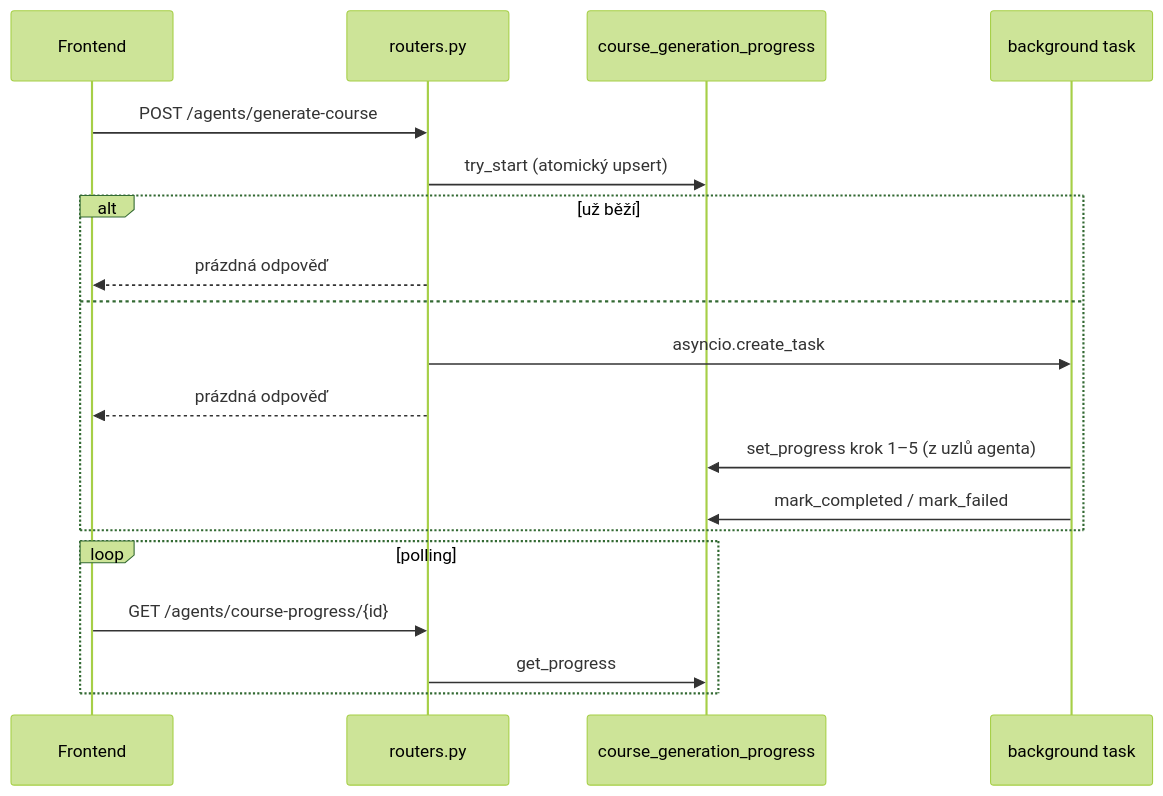
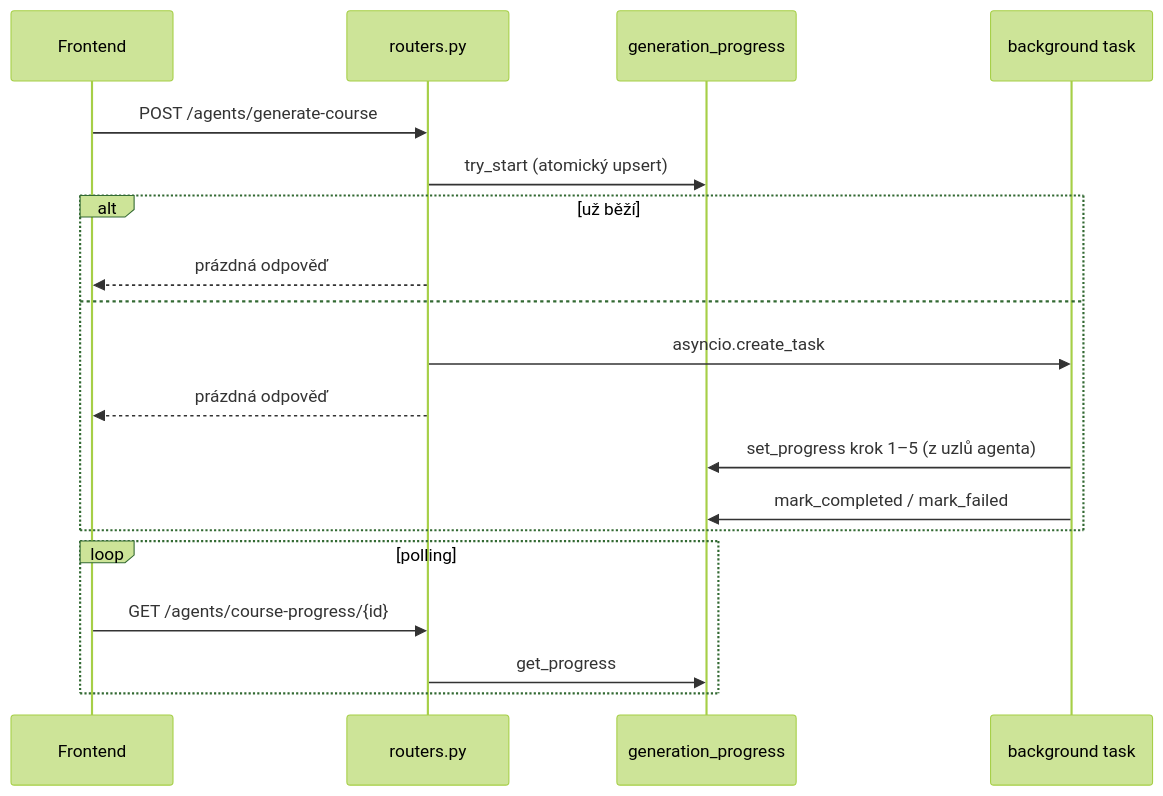
Before and after one commit to markuss23/praktik-ai: the diagram in backend/api/src/agents/README.md, drawn with Mermaid (forest theme). The commit also changed other lines of this file and 17 other files, not shown here.

First line of the commit message:
Refactor progress tracking for course and image generation

````diff
--- a/backend/api/src/agents/README.md
+++ b/backend/api/src/agents/README.md
@@ -31,21 +31,21 @@
 ```mermaid
 sequenceDiagram
     participant FE as Frontend
     participant R as routers.py
-    participant DB as course_generation_progress
+    participant DB as generation_progress
     participant T as background task
     FE->>R: POST /agents/generate-course
     R->>DB: try_start (atomický upsert)
     alt už běží
         R-->>FE: prázdná odpověď
     else
         R->>T: asyncio.create_task
         R-->>FE: prázdná odpověď
         T->>DB: set_progress krok 1–5 (z uzlů agenta)
         T->>DB: mark_completed / mark_failed
     end
     loop polling
         FE->>R: GET /agents/course-progress/{id}
         R->>DB: get_progress
     end
 ```
````
